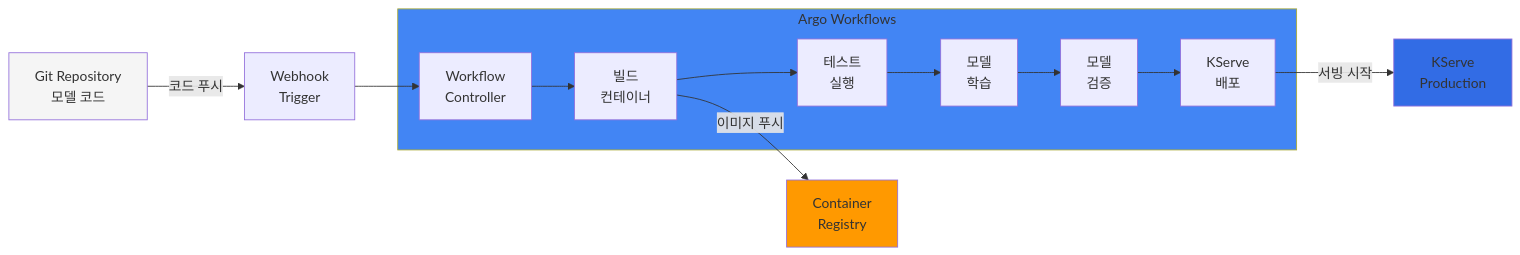
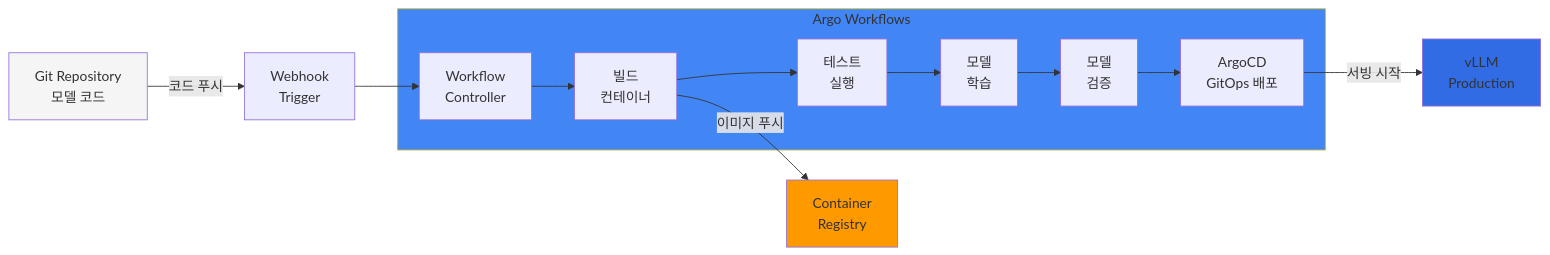
One commit to devfloor9/engineering-playbook changed the fifth of 6 diagrams in docs/agentic-ai-platform/operations-mlops/mlops-pipeline-eks.md. Above: the diagram before and after it, drawn with Mermaid. The commit also changed other lines of this file and 21 other files, not shown here.

````diff
--- a/docs/agentic-ai-platform/operations-mlops/mlops-pipeline-eks.md
+++ b/docs/agentic-ai-platform/operations-mlops/mlops-pipeline-eks.md
@@ -876,33 +925,33 @@
 ```mermaid
 flowchart LR
     GIT[Git Repository<br/>모델 코드]
     TRIGGER[Webhook<br/>Trigger]
 
     subgraph Argo["Argo Workflows"]
         WORKFLOW[Workflow<br/>Controller]
         BUILD[빌드<br/>컨테이너]
         TEST[테스트<br/>실행]
         TRAIN[모델<br/>학습]
         VALIDATE[모델<br/>검증]
-        DEPLOY[KServe<br/>배포]
+        DEPLOY[ArgoCD<br/>GitOps 배포]
     end
 
     REGISTRY[Container<br/>Registry]
-    KSERVE[KServe<br/>Production]
+    VLLM_PROD[vLLM<br/>Production]
 
     GIT -->|코드 푸시| TRIGGER
     TRIGGER --> WORKFLOW
     WORKFLOW --> BUILD
     BUILD --> TEST
     TEST --> TRAIN
     TRAIN --> VALIDATE
     VALIDATE --> DEPLOY
 
     BUILD -->|이미지 푸시| REGISTRY
-    DEPLOY -->|서빙 시작| KSERVE
+    DEPLOY -->|서빙 시작| VLLM_PROD
 
     style GIT fill:#f5f5f5
     style Argo fill:#4285f4
     style REGISTRY fill:#ff9900
-    style KSERVE fill:#326ce5
+    style VLLM_PROD fill:#326ce5
 ```
````
